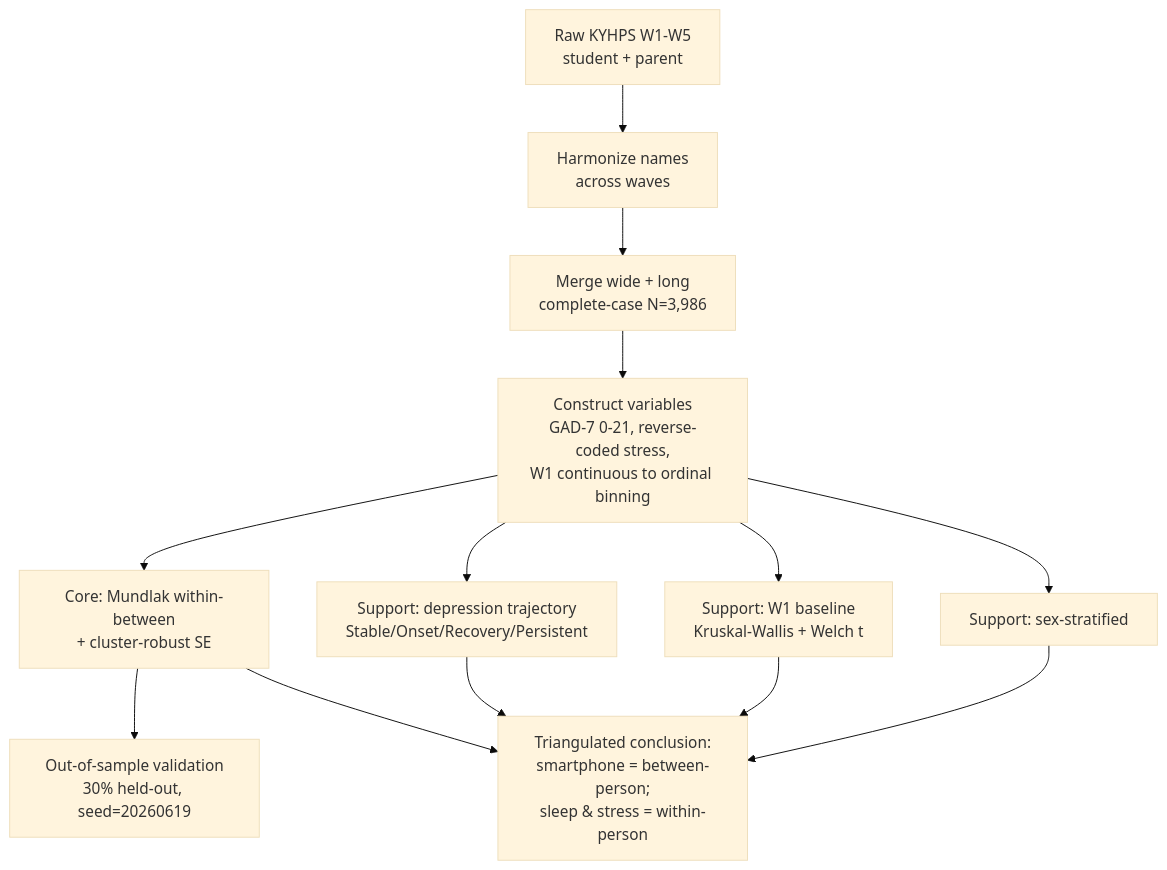
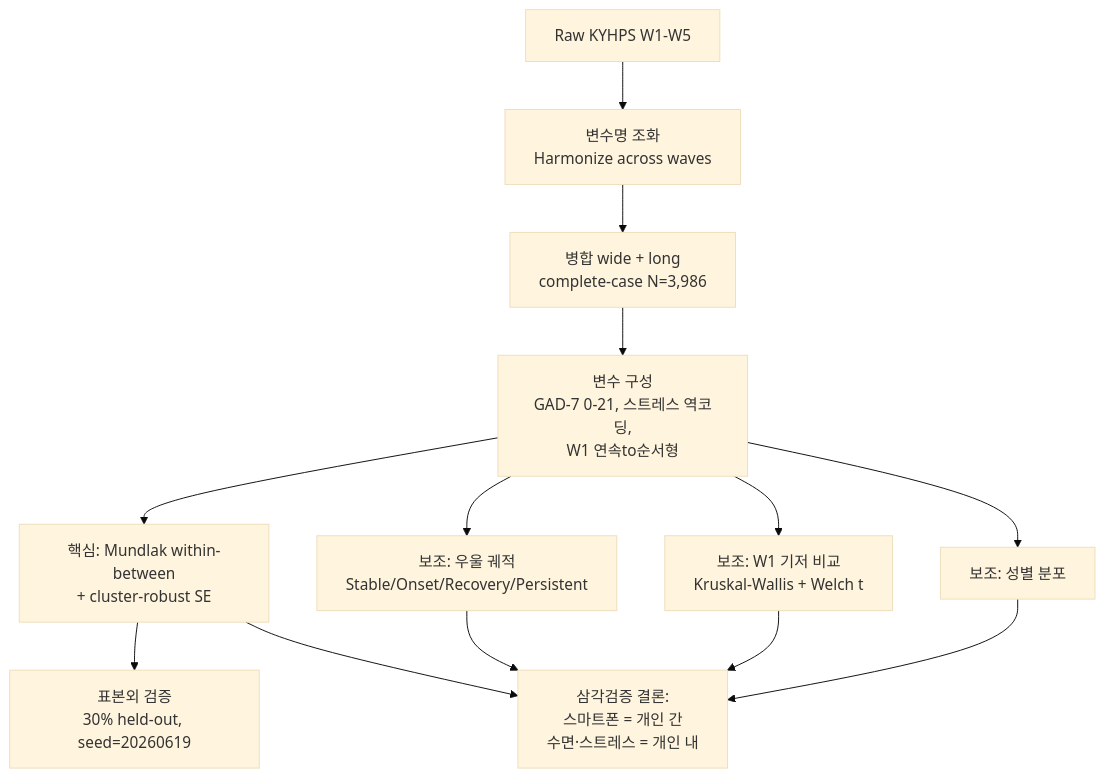
The diagram in README.md (lcsvvo/KYHPS-Anxiety-Longitudinal), drawn with Mermaid (base theme) before and after one commit. The commit also changed other lines of this file, not shown here.

````diff
--- a/README.md
+++ b/README.md
@@ -76,15 +80,15 @@
 ```mermaid
 flowchart TD
-    A[Raw KYHPS W1-W5<br/>student + parent] --> B[Harmonize names<br/>across waves]
-    B --> C[Merge wide + long<br/>complete-case N=3,986]
-    C --> D[Construct variables<br/>GAD-7 0-21, reverse-coded stress,<br/>W1 continuous to ordinal binning]
-    D --> E1[Core: Mundlak within-between<br/>+ cluster-robust SE]
-    D --> E2[Support: depression trajectory<br/>Stable/Onset/Recovery/Persistent]
-    D --> E3[Support: W1 baseline<br/>Kruskal-Wallis + Welch t]
-    D --> E4[Support: sex-stratified]
-    E1 --> F[Out-of-sample validation<br/>30% held-out, seed=20260619]
-    E1 --> G[Triangulated conclusion:<br/>smartphone = between-person;<br/>sleep & stress = within-person]
+    A[Raw KYHPS W1-W5] --> B[변수명 조화<br/>Harmonize across waves]
+    B --> C[병합 wide + long<br/>complete-case N=3,986]
+    C --> D[변수 구성<br/>GAD-7 0-21, 스트레스 역코딩,<br/>W1 연속to순서형]
+    D --> E1[핵심: Mundlak within-between<br/>+ cluster-robust SE]
+    D --> E2[보조: 우울 궤적<br/>Stable/Onset/Recovery/Persistent]
+    D --> E3[보조: W1 기저 비교<br/>Kruskal-Wallis + Welch t]
+    D --> E4[보조: 성별 분포]
+    E1 --> F[표본외 검증<br/>30% held-out, seed=20260619]
+    E1 --> G[삼각검증 결론:<br/>스마트폰 = 개인 간<br/>수면·스트레스 = 개인 내]
     E2 --> G
     E3 --> G
     E4 --> G
 ```
````
